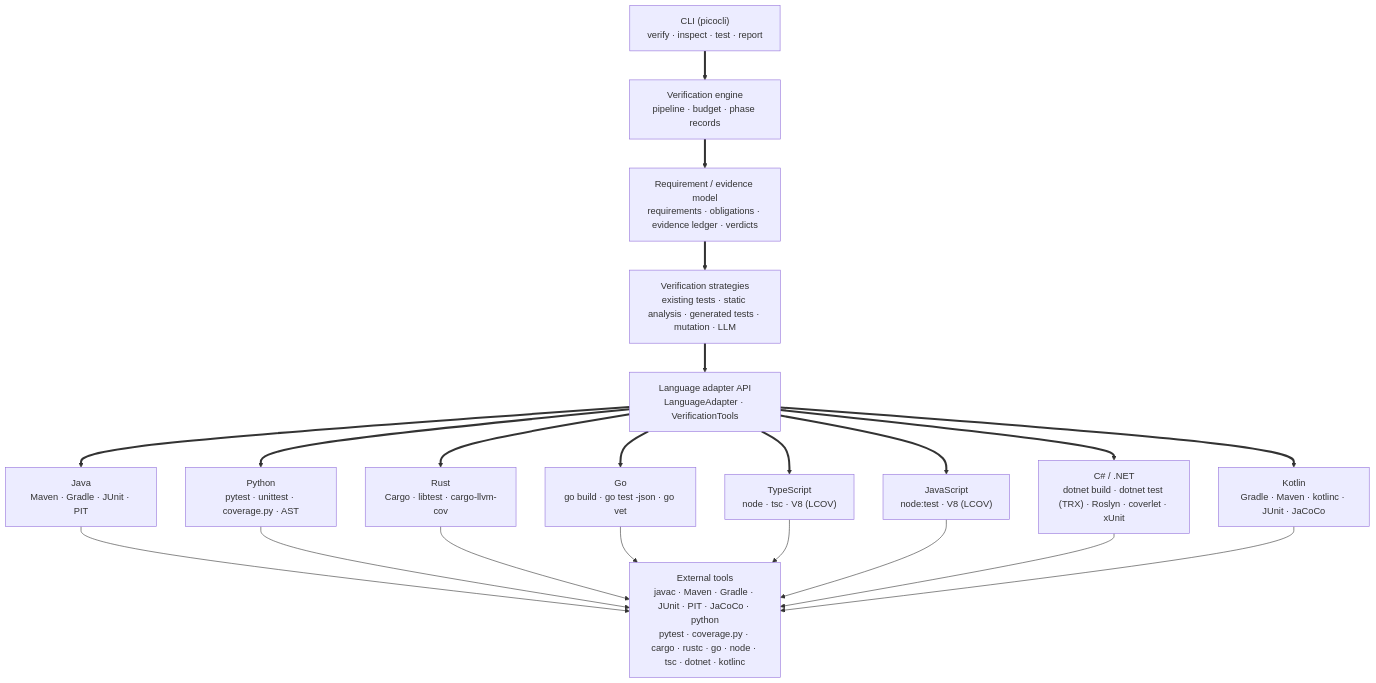
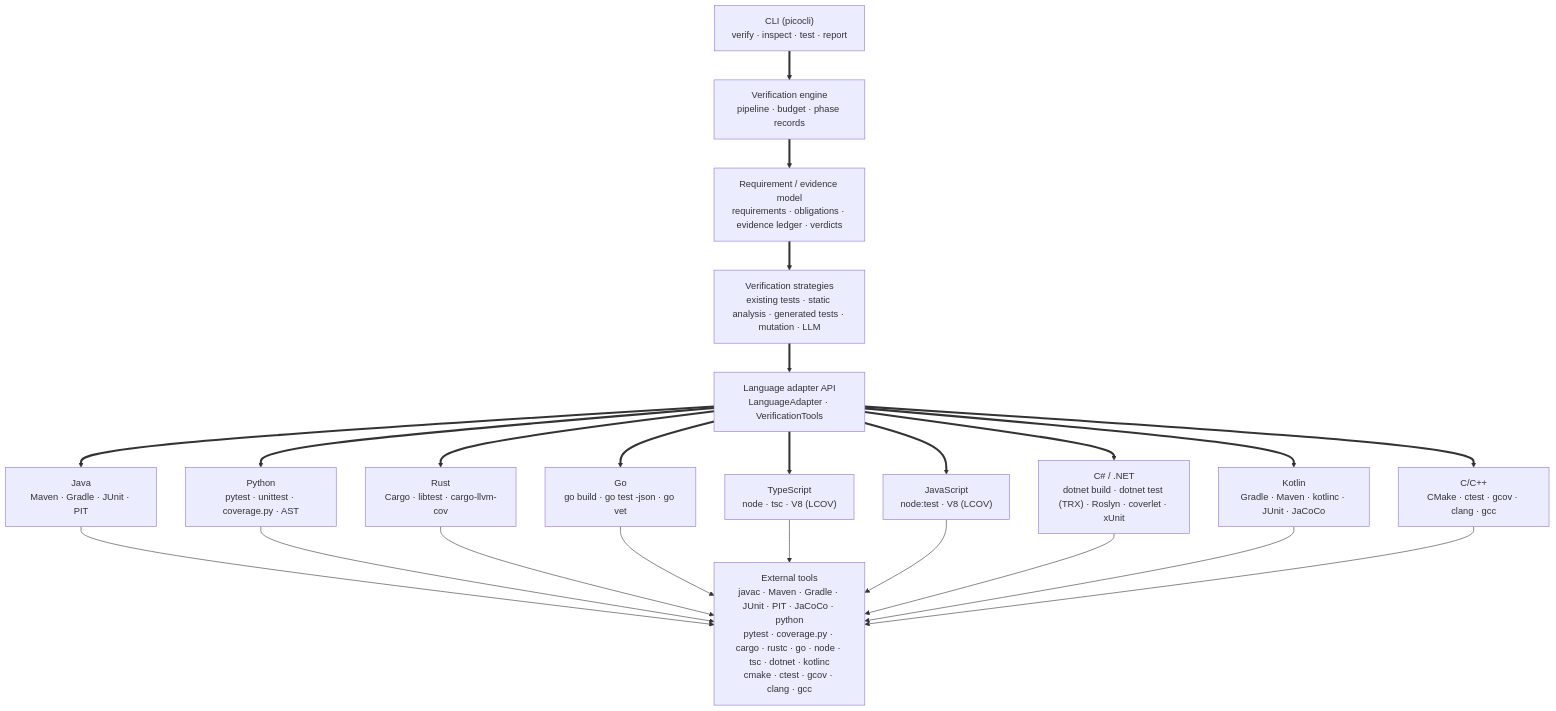
Before and after one commit to thread3d/codewitness: the diagram in ARCHITECTURE.md, drawn with Mermaid. The commit also changed other lines of this file and 59 other files, not shown here.

````diff
--- a/ARCHITECTURE.md
+++ b/ARCHITECTURE.md
@@ -37,37 +37,40 @@
 ```mermaid
 flowchart TD
     CLI["CLI (picocli)<br/>verify · inspect · test · report"]
     ENGINE["Verification engine<br/>pipeline · budget · phase records"]
     MODEL["Requirement / evidence model<br/>requirements · obligations · evidence ledger · verdicts"]
     STRATEGIES["Verification strategies<br/>existing tests · static analysis · generated tests · mutation · LLM"]
     SPI["Language adapter API<br/>LanguageAdapter · VerificationTools"]
 
     JAVA["Java<br/>Maven · Gradle · JUnit · PIT"]
     PYTHON["Python<br/>pytest · unittest · coverage.py · AST"]
     RUST["Rust<br/>Cargo · libtest · cargo-llvm-cov"]
     GO["Go<br/>go build · go test -json · go vet"]
     TS["TypeScript<br/>node · tsc · V8 (LCOV)"]
     JS["JavaScript<br/>node:test · V8 (LCOV)"]
     CSHARP["C# / .NET<br/>dotnet build · dotnet test (TRX) · Roslyn · coverlet · xUnit"]
     KOTLIN["Kotlin<br/>Gradle · Maven · kotlinc · JUnit · JaCoCo"]
+    CPP["C/C++<br/>CMake · ctest · gcov · clang · gcc"]
 
-    TOOLS["External tools<br/>javac · Maven · Gradle · JUnit · PIT · JaCoCo · python<br/>pytest · coverage.py · cargo · rustc · go · node · tsc · dotnet · kotlinc"]
+    TOOLS["External tools<br/>javac · Maven · Gradle · JUnit · PIT · JaCoCo · python<br/>pytest · coverage.py · cargo · rustc · go · node · tsc · dotnet · kotlinc<br/>cmake · ctest · gcov · clang · gcc"]
 
     CLI ==> ENGINE ==> MODEL ==> STRATEGIES ==> SPI
     SPI ==> JAVA
     SPI ==> PYTHON
     SPI ==> RUST
     SPI ==> GO
     SPI ==> TS
     SPI ==> JS
     SPI ==> CSHARP
     SPI ==> KOTLIN
+    SPI ==> CPP
     JAVA --> TOOLS
     PYTHON --> TOOLS
     RUST --> TOOLS
     GO --> TOOLS
     TS --> TOOLS
     JS --> TOOLS
     CSHARP --> TOOLS
     KOTLIN --> TOOLS
+    CPP --> TOOLS
 ```
````
